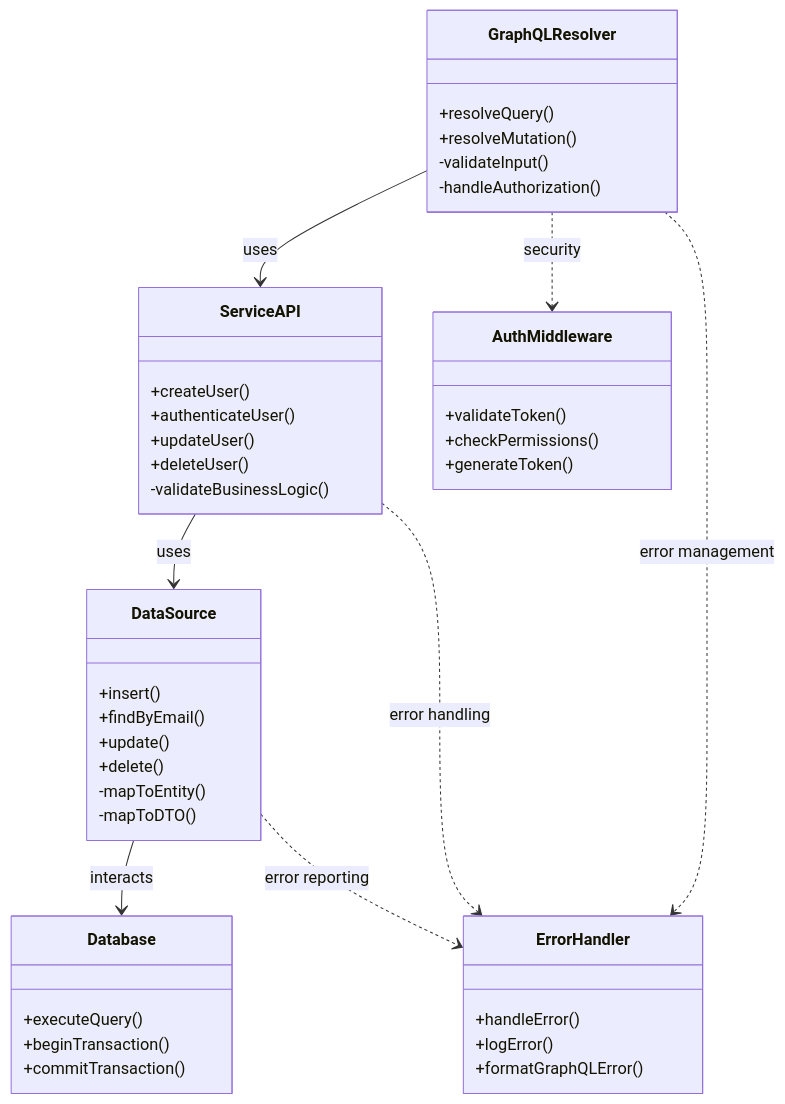
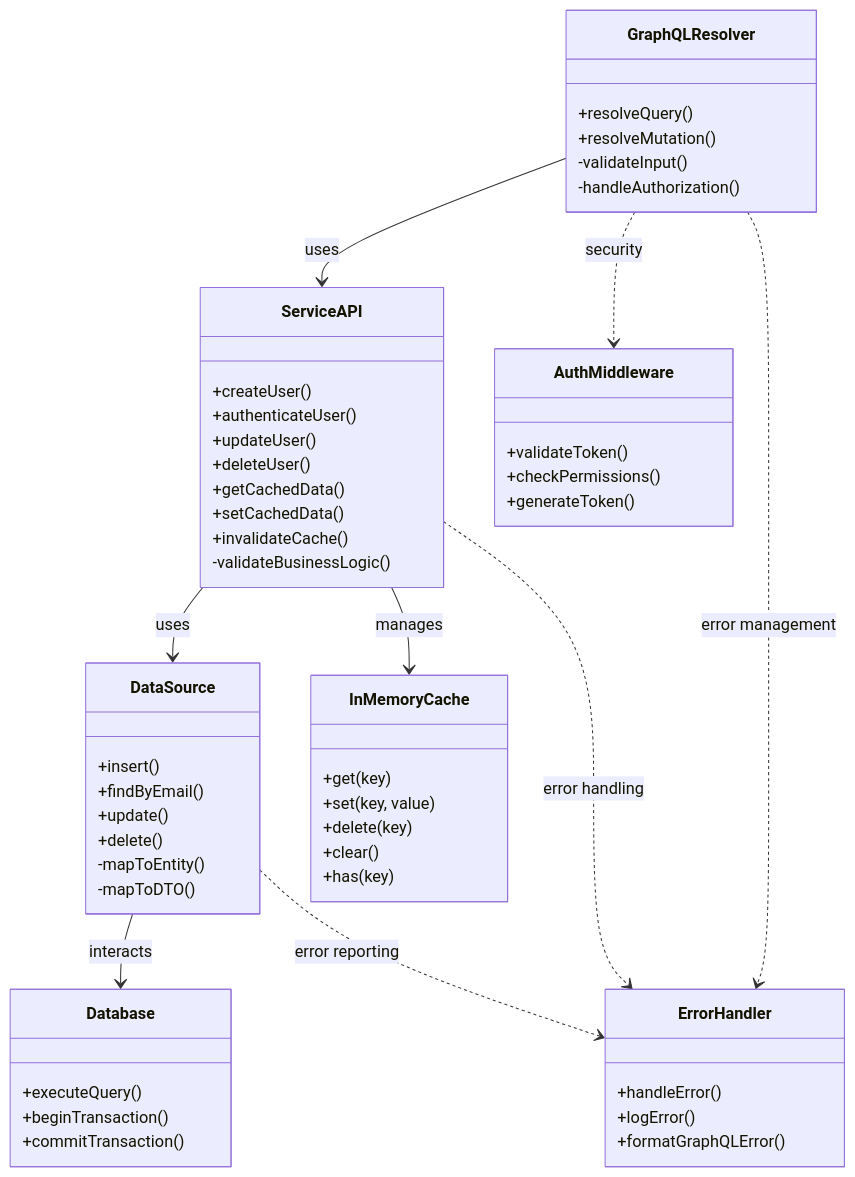
Before and after one commit to vinodhj/expense-microservices: diagram 13 of 15 in docs/user-services.md, drawn with Mermaid. The commit also changed other lines of this file, not shown here.

Commit message:
mermaid tweaks-6

````diff
--- a/docs/user-services.md
+++ b/docs/user-services.md
@@ -1084,52 +1106,64 @@
 ```mermaid
 classDiagram
     class GraphQLResolver {
         +resolveQuery()
         +resolveMutation()
         -validateInput()
         -handleAuthorization()
     }
 
     class ServiceAPI {
         +createUser()
         +authenticateUser()
         +updateUser()
         +deleteUser()
+        +getCachedData()
+        +setCachedData()
+        +invalidateCache()
         -validateBusinessLogic()
+    }
+
+    class InMemoryCache {
+        +get(key)
+        +set(key, value)
+        +delete(key)
+        +clear()
+        +has(key)
     }
 
     class DataSource {
         +insert()
         +findByEmail()
         +update()
         +delete()
         -mapToEntity()
         -mapToDTO()
     }
 
     class Database {
         +executeQuery()
         +beginTransaction()
         +commitTransaction()
     }
 
     class AuthMiddleware {
         +validateToken()
         +checkPermissions()
         +generateToken()
     }
 
     class ErrorHandler {
         +handleError()
         +logError()
         +formatGraphQLError()
     }
 
     GraphQLResolver --> ServiceAPI : uses
     ServiceAPI --> DataSource : uses
+    ServiceAPI --> InMemoryCache : manages
     DataSource --> Database : interacts
     GraphQLResolver ..> AuthMiddleware : security
     GraphQLResolver ..> ErrorHandler : error management
     ServiceAPI ..> ErrorHandler : error handling
     DataSource ..> ErrorHandler : error reporting
 ```
````
